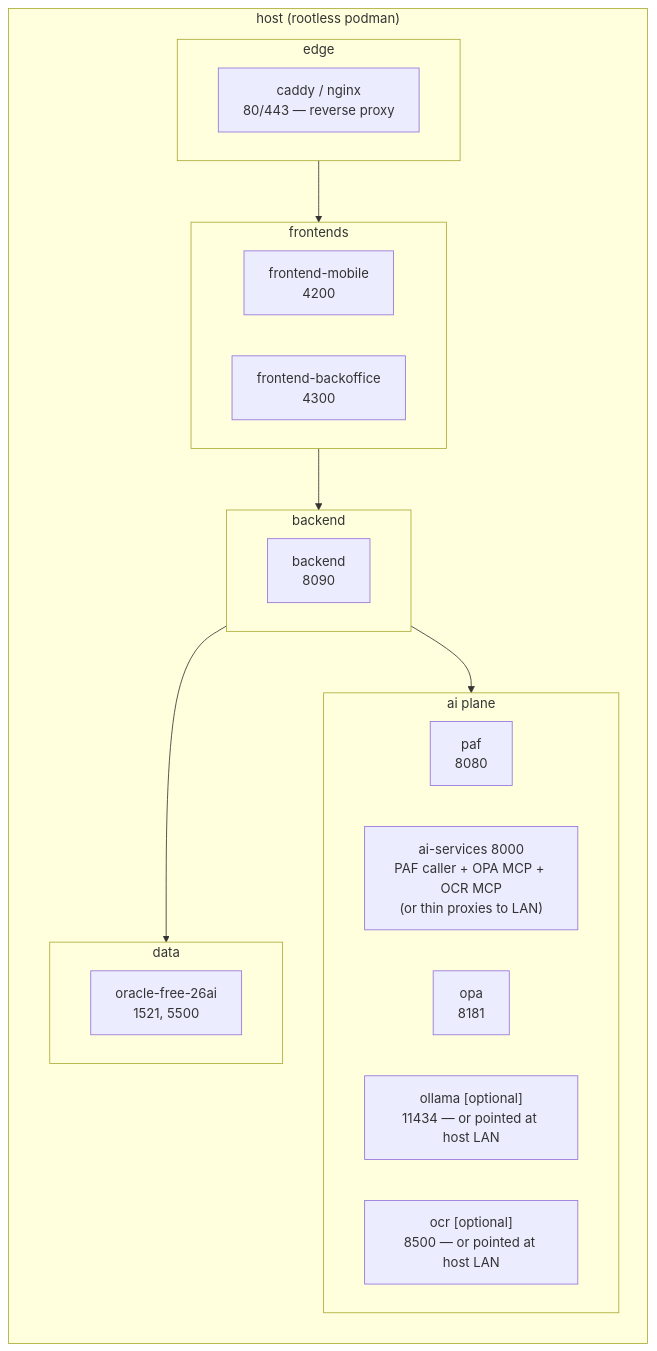
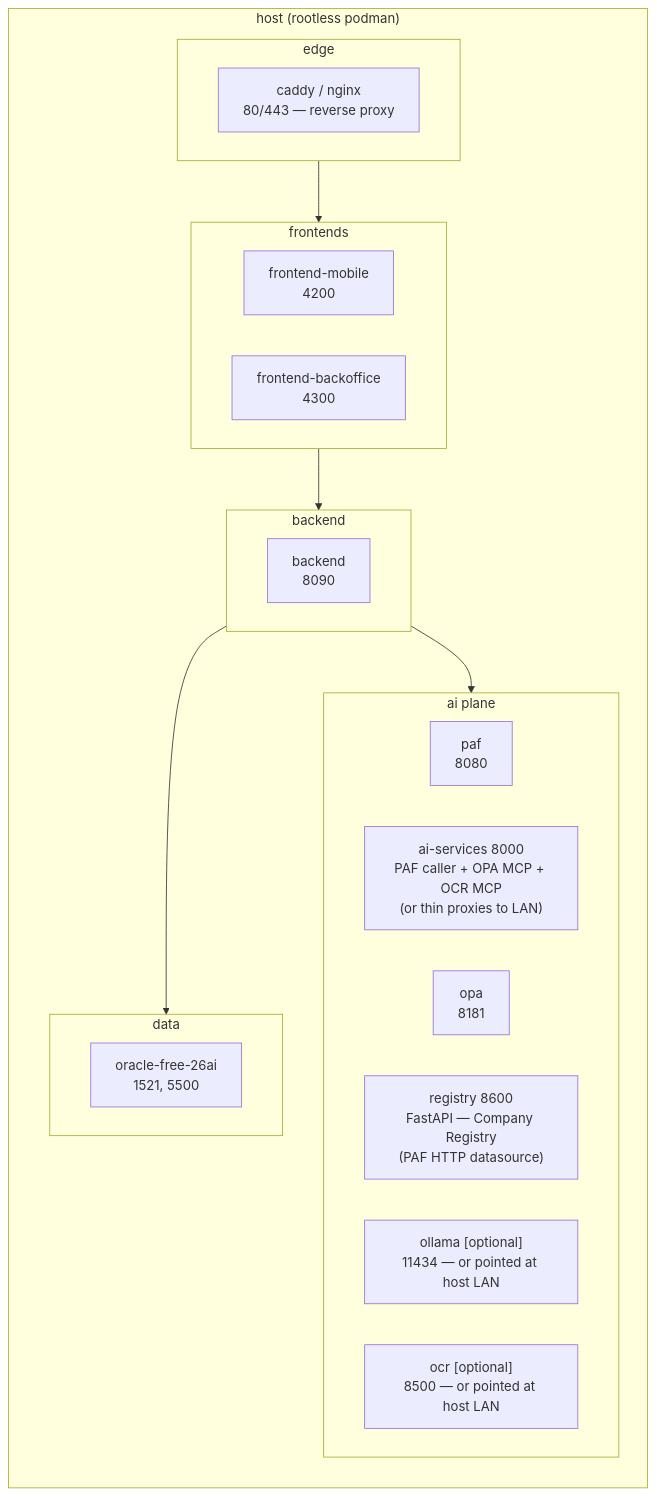
One commit to vmleon/oracle-database-private-agent-factory-poc changed the first of 2 diagrams in docs/DEPLOYMENT.md. Above: the diagram before and after it, drawn with Mermaid. The commit also changed other lines of this file and 3 other files, not shown here.

Commit message:
docs: plan company registry as paf http datasource for employer verify

````diff
--- a/docs/DEPLOYMENT.md
+++ b/docs/DEPLOYMENT.md
@@ -58,30 +58,31 @@
 ```mermaid
 flowchart TB
     subgraph host["host (rootless podman)"]
         direction TB
         subgraph edge["edge"]
             proxy["caddy / nginx<br/>80/443 — reverse proxy"]
         end
         subgraph frontends["frontends"]
             mobile["frontend-mobile<br/>4200"]
             backoffice["frontend-backoffice<br/>4300"]
         end
         subgraph backendgrp["backend"]
             backend["backend<br/>8090"]
         end
         subgraph aiplane["ai plane"]
             paf["paf<br/>8080"]
             ai["ai-services 8000<br/>PAF caller + OPA MCP + OCR MCP<br/>(or thin proxies to LAN)"]
             opa["opa<br/>8181"]
+            registry["registry 8600<br/>FastAPI — Company Registry<br/>(PAF HTTP datasource)"]
             ollama["ollama [optional]<br/>11434 — or pointed at host LAN"]
             ocr["ocr [optional]<br/>8500 — or pointed at host LAN"]
         end
         subgraph data["data"]
             oracle["oracle-free-26ai<br/>1521, 5500"]
         end
         edge --> frontends
         frontends --> backendgrp
         backendgrp --> aiplane
         backendgrp --> data
     end
 ```
````
